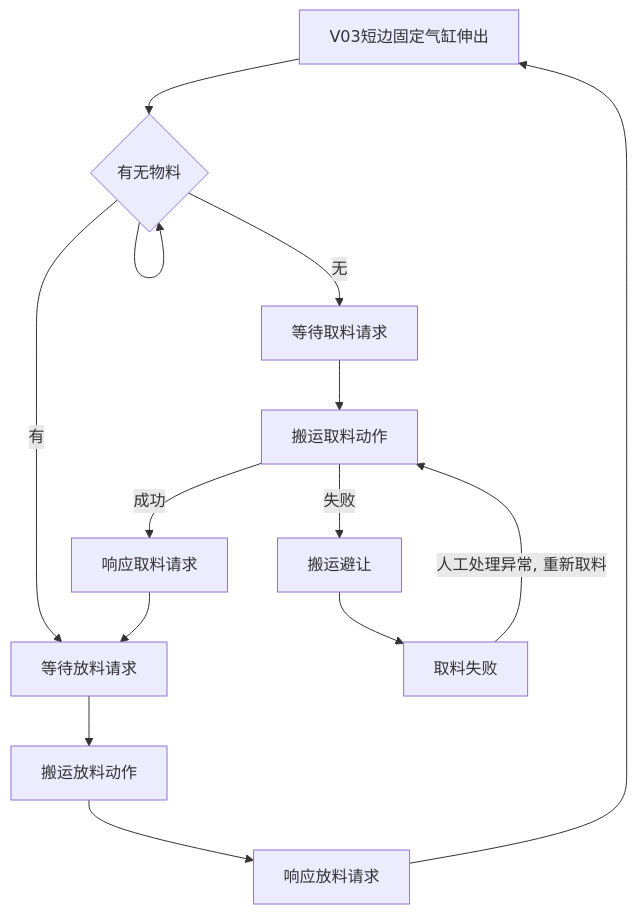
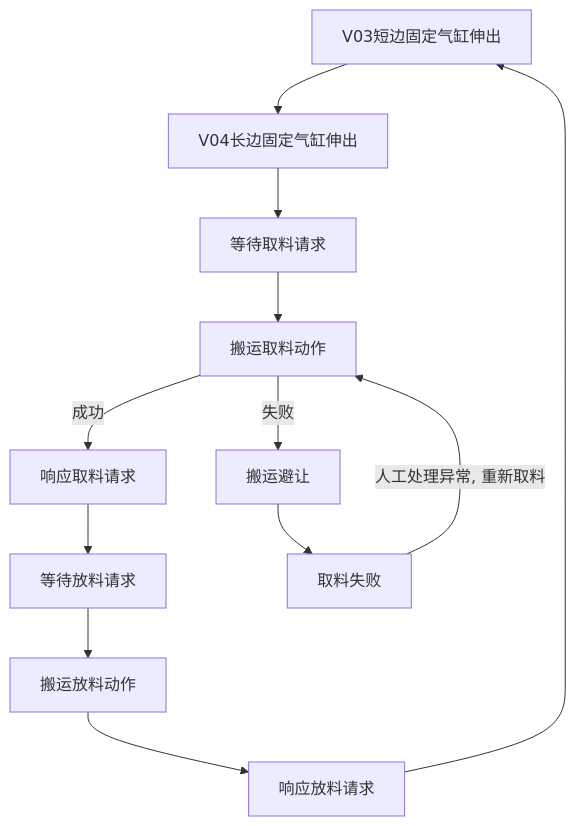
Before and after one commit to PengKun1/iodraw-files: the diagram in all/OP10气缸固定流程.md, drawn with Mermaid.

Commit message:
2024-08-05 13:49:44 update

````diff
--- a/all/OP10气缸固定流程.md
+++ b/all/OP10气缸固定流程.md
@@ -1,19 +1,17 @@
 ```mermaid
 graph TD
 10[V03短边固定气缸伸出]-->20
-20[V04长边固定气缸伸出]-->20
-20{有无物料}-->|无|30
-20-->|有|60
+20[V04长边固定气缸伸出]-->30
 30[等待取料请求]-->40
 40[搬运取料动作]-->|成功|50
 40-->|失败|90
 50[响应取料请求]-->60
 60[等待放料请求]-->70
 70[搬运放料动作]-->80
 80[响应放料请求]-->10
 
 90[搬运避让]-->900
 
 900[取料失败]-->|人工处理异常, 重新取料|40
   
 ```
````
